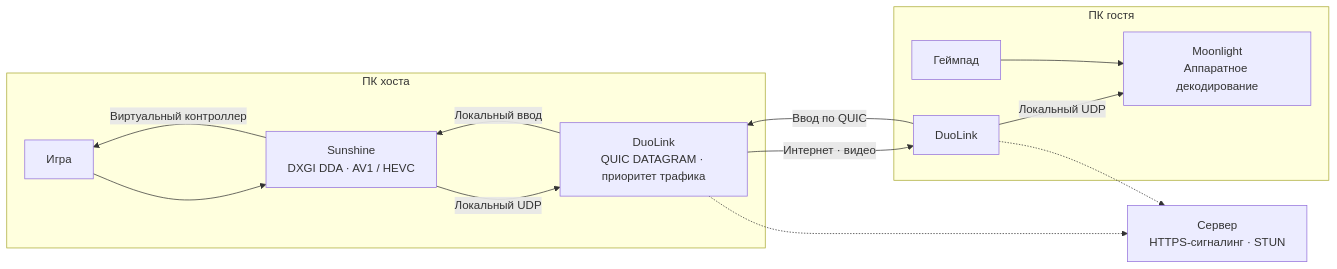
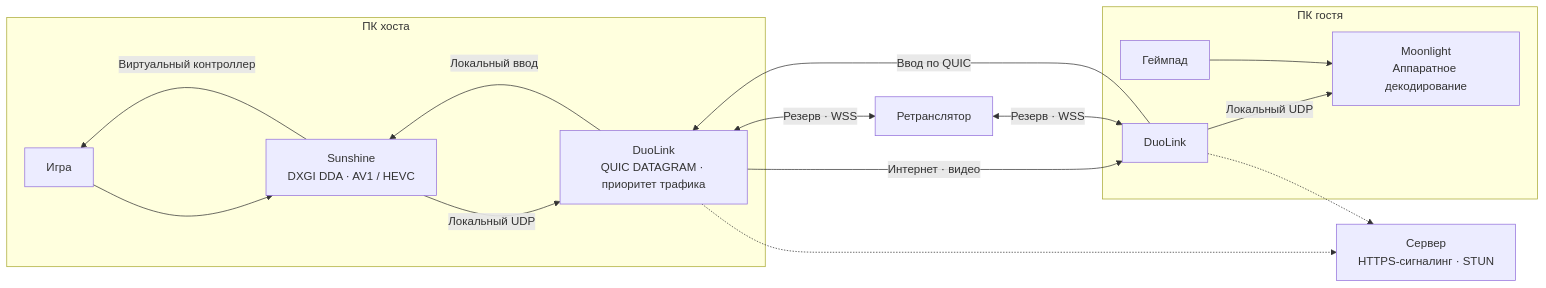
The diagram in docs/ARCHITECTURE.md (roudinn/duolink), drawn with Mermaid before and after one commit. The commit also changed other lines of this file and 14 other files, not shown here.

````diff
--- a/docs/ARCHITECTURE.md
+++ b/docs/ARCHITECTURE.md
@@ -5,17 +5,19 @@
 ```mermaid
 flowchart LR
     subgraph Host["ПК хоста"]
         Game["Игра"] --> Sunshine["Sunshine<br/>DXGI DDA · AV1 / HEVC"]
         Sunshine -->|Локальный UDP| HostLink["DuoLink<br/>QUIC DATAGRAM · приоритет трафика"]
     end
     subgraph Guest["ПК гостя"]
         GuestLink["DuoLink"] -->|Локальный UDP| Moonlight["Moonlight<br/>Аппаратное декодирование"]
         Controller["Геймпад"] --> Moonlight
     end
     HostLink -->|Интернет · видео| GuestLink
     GuestLink -->|Ввод по QUIC| HostLink
     HostLink -->|Локальный ввод| Sunshine
     Sunshine -->|Виртуальный контроллер| Game
     HostLink -.-> Signal["Сервер<br/>HTTPS-сигналинг · STUN"]
     GuestLink -.-> Signal
+    HostLink <-->|Резерв · WSS| Relay["Ретранслятор"]
+    Relay <-->|Резерв · WSS| GuestLink
 ```
````
